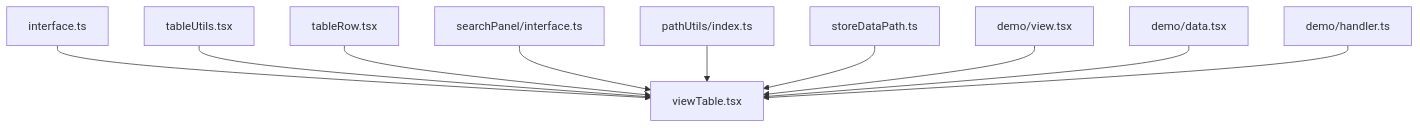
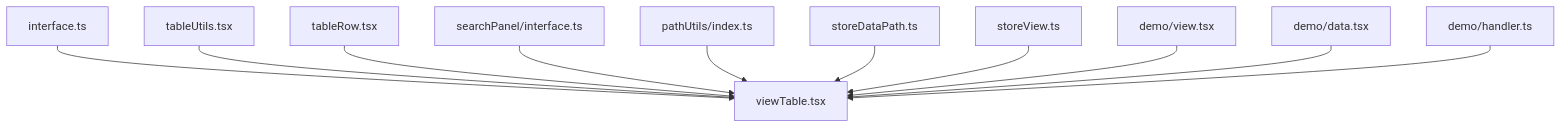
The eighth of 8 diagrams in .qoder/repowiki/zh/content/组件库/数据组件/表格组件.md (liqiongke/FrontArk), drawn with Mermaid before and after one commit. The commit also changed other lines of this file and 5 other files, not shown here.

````diff
--- a/.qoder/repowiki/zh/content/组件库/数据组件/表格组件.md
+++ b/.qoder/repowiki/zh/content/组件库/数据组件/表格组件.md
@@ -325,12 +348,13 @@
 ```mermaid
 graph TB
 I["interface.ts"] --> VT["viewTable.tsx"]
 U["tableUtils.tsx"] --> VT
 R["tableRow.tsx"] --> VT
 SP["searchPanel/interface.ts"] --> VT
 PU["pathUtils/index.ts"] --> VT
 SDP["storeDataPath.ts"] --> VT
+SV["storeView.ts"] --> VT
 DEMO_V["demo/view.tsx"] --> VT
 DEMO_D["demo/data.tsx"] --> VT
 DEMO_H["demo/handler.ts"] --> VT
 ```
````
